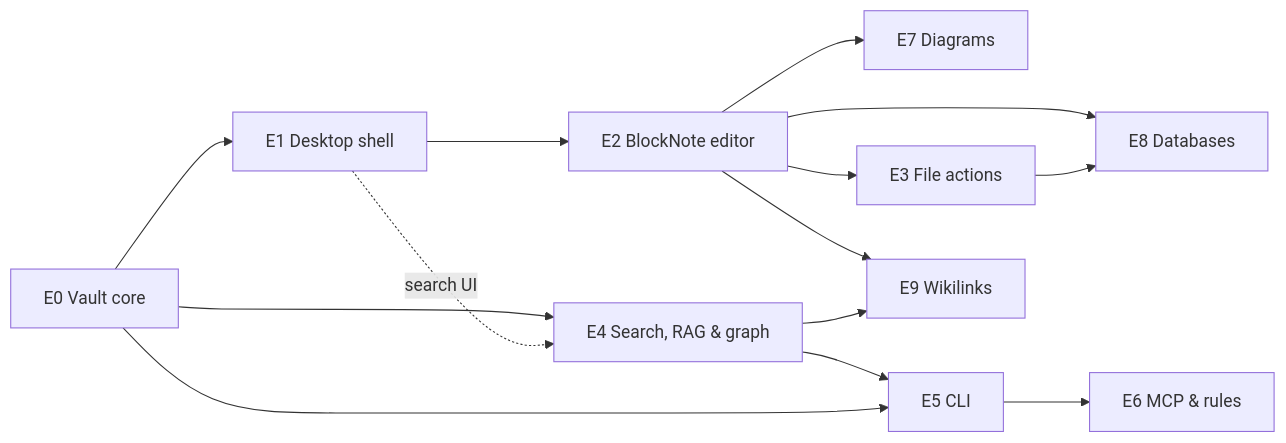
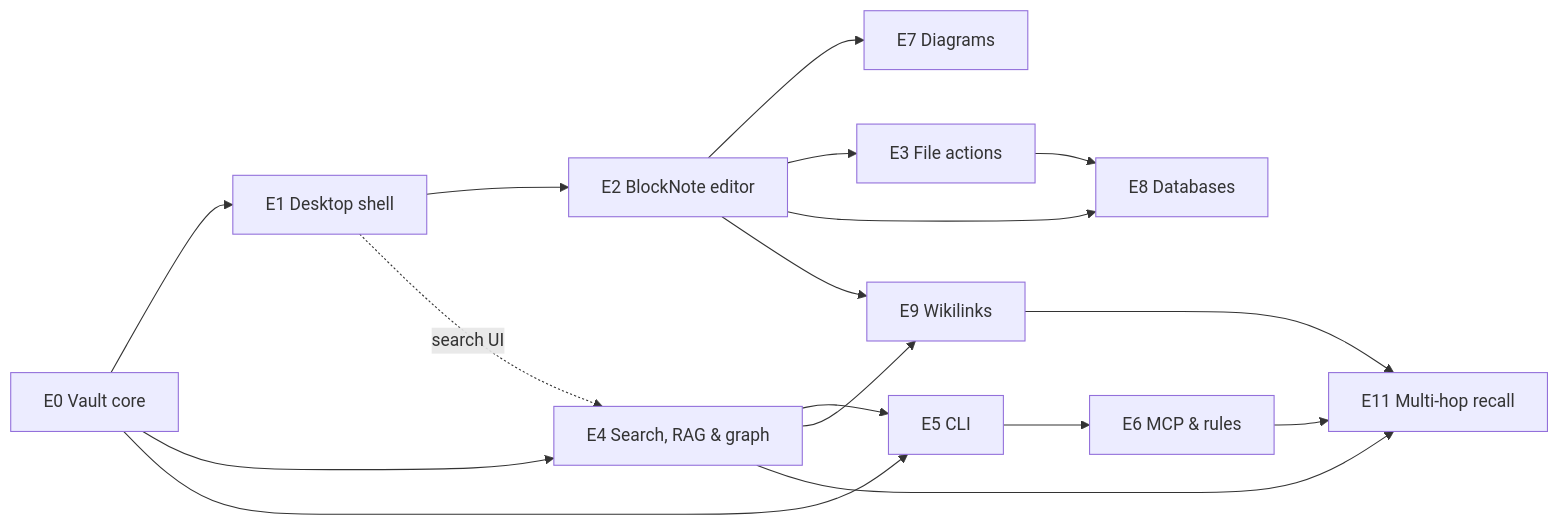
Before and after one commit to muhammaddadu/second-brain: the diagram in docs/product/epics/index.md, drawn with Mermaid. The commit also changed other lines of this file and 17 other files, not shown here.

First line of the commit message:
Ship multi-hop recall across CLI, MCP, and desktop (E11).

````diff
--- a/docs/product/epics/index.md
+++ b/docs/product/epics/index.md
@@ -38,16 +39,19 @@
 ```mermaid
 graph LR
     E0[E0 Vault core] --> E1[E1 Desktop shell]
     E1 --> E2[E2 BlockNote editor]
     E2 --> E7[E7 Diagrams]
     E2 --> E3[E3 File actions]
     E0 --> E4[E4 Search, RAG & graph]
     E1 -.search UI.-> E4
     E4 --> E5[E5 CLI]
     E0 --> E5
     E5 --> E6[E6 MCP & rules]
     E2 --> E8[E8 Databases]
     E3 --> E8
     E2 --> E9[E9 Wikilinks]
     E4 --> E9
+    E4 --> E11[E11 Multi-hop recall]
+    E6 --> E11
+    E9 --> E11
 ```
````
